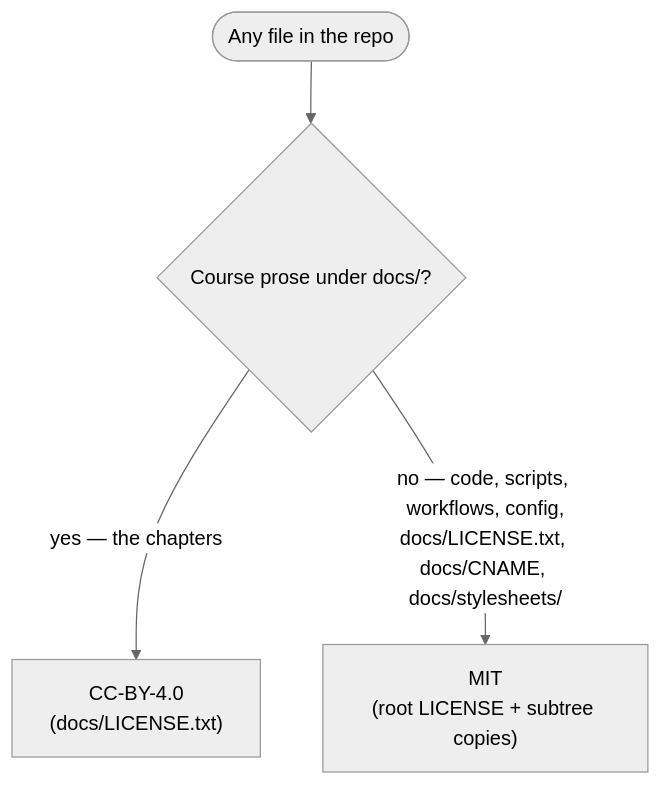
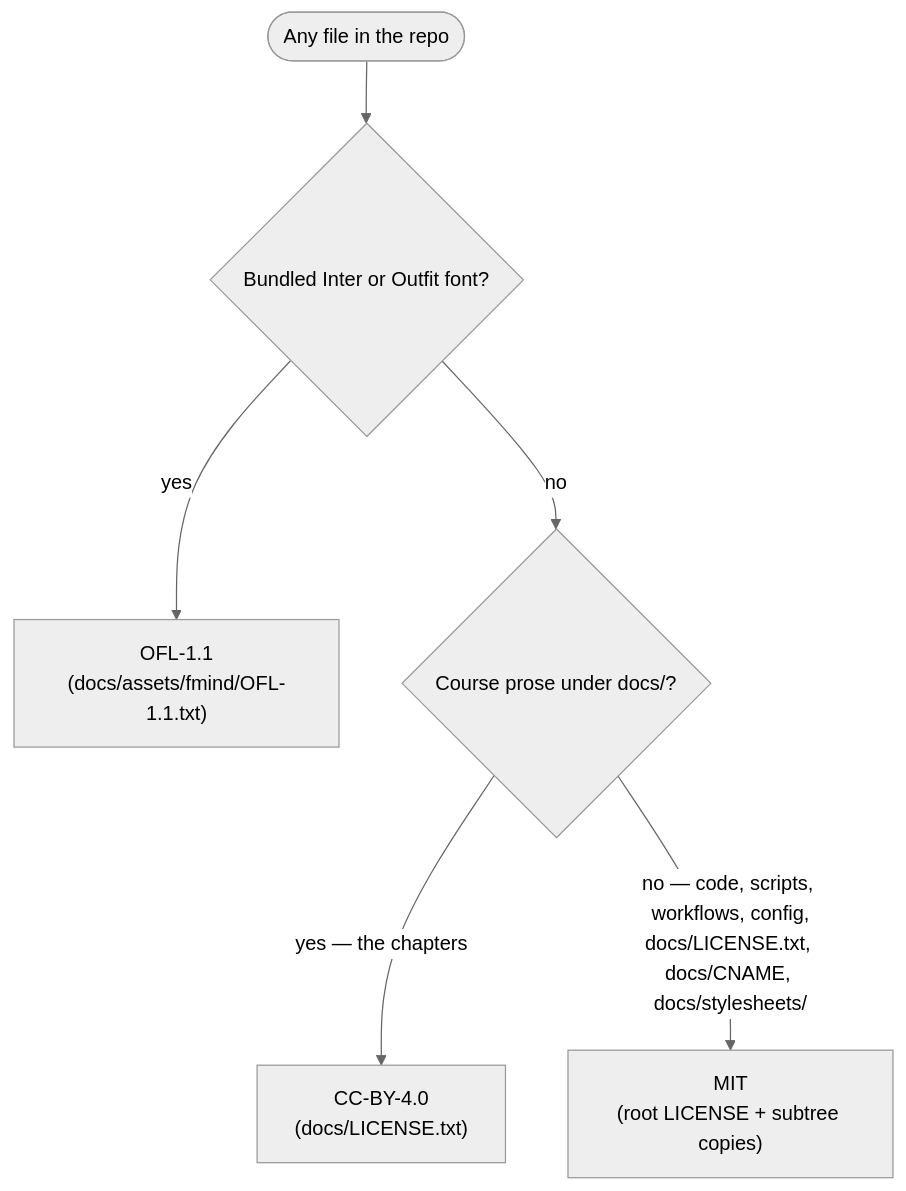
The first of 2 diagrams in docs/8. Community/8.1. License.md (LuiGGi629/agentops-open-course), drawn with Mermaid (neutral theme) before and after one commit. The commit also changed other lines of this file and 160 other files, not shown here.

````diff
--- a/docs/8. Community/8.1. License.md
+++ b/docs/8. Community/8.1. License.md
@@ -33,6 +33,8 @@
 ```mermaid
 flowchart TD
-    F([Any file in the repo]) --> Q{Course prose under docs/?}
+    F([Any file in the repo]) --> Font{Bundled Inter or Outfit font?}
+    Font -->|yes| OFL["OFL-1.1<br/>(docs/assets/fmind/OFL-1.1.txt)"]
+    Font -->|no| Q{Course prose under docs/?}
     Q -->|"yes — the chapters"| CC["CC-BY-4.0<br/>(docs/LICENSE.txt)"]
     Q -->|"no — code, scripts, workflows, config,<br/>docs/LICENSE.txt, docs/CNAME, docs/stylesheets/"| MIT["MIT<br/>(root LICENSE + subtree copies)"]
 ```
````
